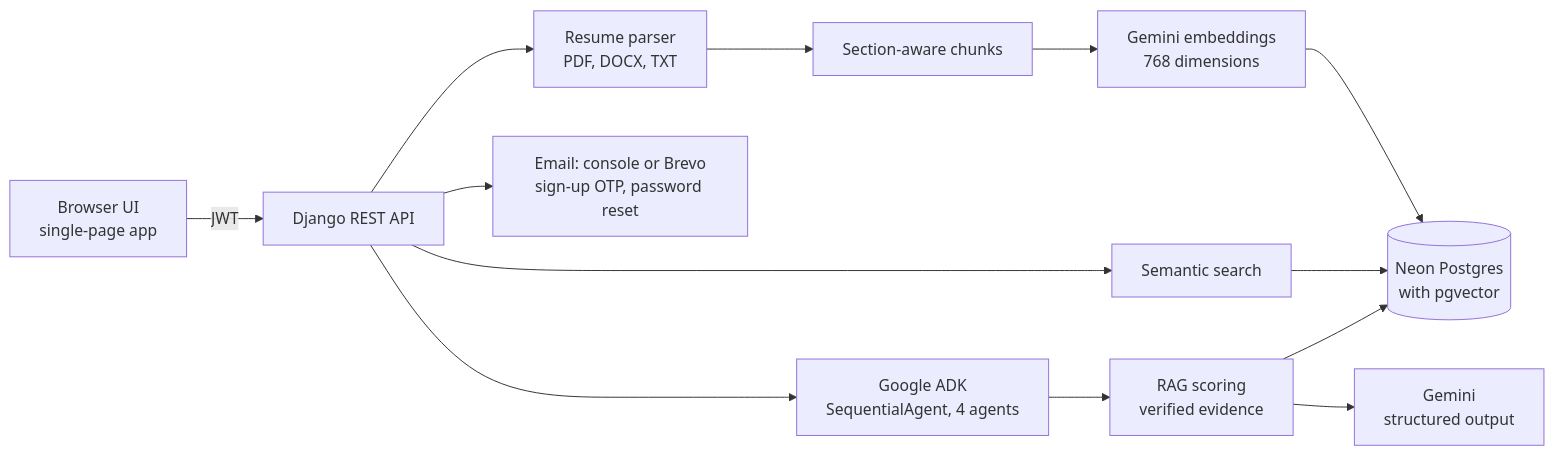
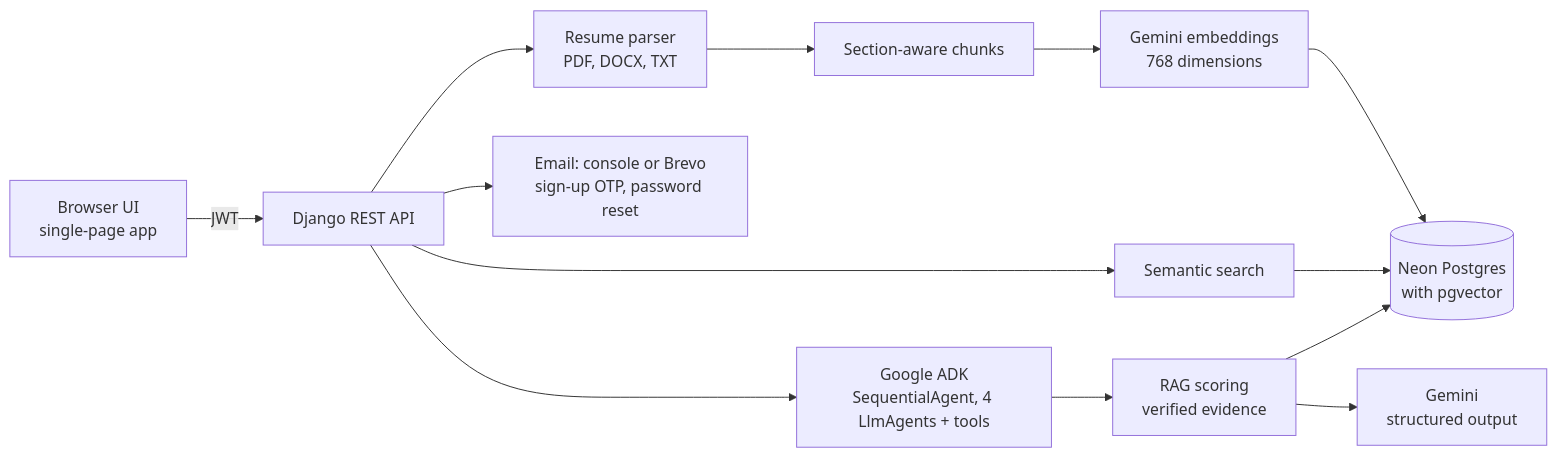
One commit to aryaansaini/recruitment-ai changed the second of 2 diagrams in README.md. Above: the diagram before and after it, drawn with Mermaid. The commit also changed other lines of this file and 6 other files, not shown here.

````diff
--- a/README.md
+++ b/README.md
@@ -226,15 +242,15 @@
 ```mermaid
 flowchart LR
   UI["Browser UI<br/>single-page app"] -->|"JWT"| API["Django REST API"]
   API --> Parser["Resume parser<br/>PDF, DOCX, TXT"]
   Parser --> Chunks["Section-aware chunks"]
   Chunks --> Embed["Gemini embeddings<br/>768 dimensions"]
   Embed --> DB[("Neon Postgres<br/>with pgvector")]
   API --> Search["Semantic search"]
   Search --> DB
-  API --> ADK["Google ADK<br/>SequentialAgent, 4 agents"]
+  API --> ADK["Google ADK<br/>SequentialAgent, 4 LlmAgents + tools"]
   ADK --> RAG["RAG scoring<br/>verified evidence"]
   RAG --> DB
   RAG --> LLM["Gemini<br/>structured output"]
   API --> Mail["Email: console or Brevo<br/>sign-up OTP, password reset"]
 ```
````
